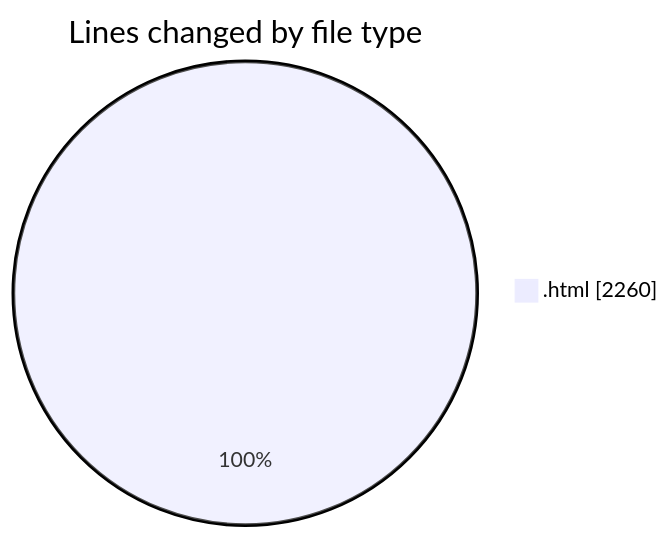
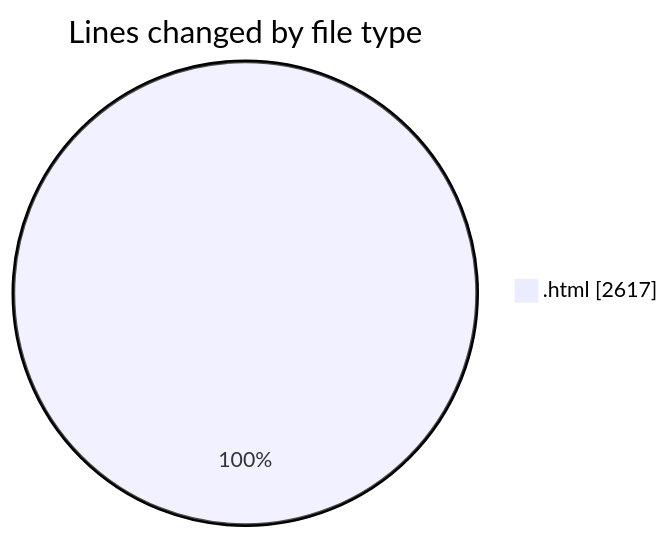
Before and after one commit to nxtqubesakshisongat/code-tracking: the first of 2 diagrams in 2025-08-08/nxtqube_webapp/README.md, drawn with Mermaid. The commit also changed other lines of this file and 1 other file, not shown here.

````diff
--- a/2025-08-08/nxtqube_webapp/README.md
+++ b/2025-08-08/nxtqube_webapp/README.md
@@ -20,5 +20,5 @@
 ```mermaid
 pie showData
 title Lines changed by file type
-".html" : 2260
+".html" : 2617
 ```
````
